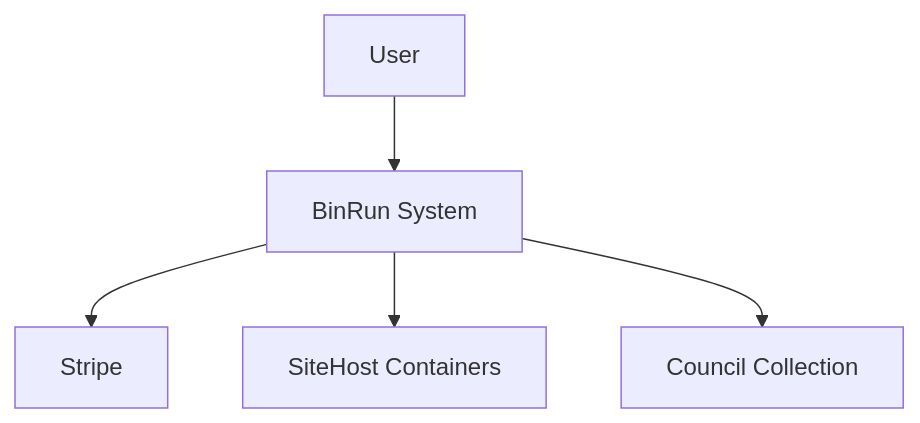
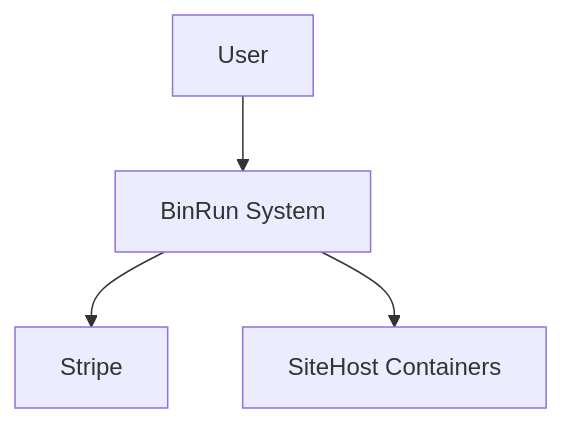
The diagram in docs/diagrams/context.md (angelacollings/binrun), drawn with Mermaid before and after one commit. The commit also changed 15 other files, not shown here.

````diff
--- a/docs/diagrams/context.md
+++ b/docs/diagrams/context.md
@@ -5,13 +5,11 @@
 ```mermaid
 graph TD
     User[User]
     BinRun[BinRun System]
     Stripe[Stripe]
     SiteHost[SiteHost Containers]
-    Council[Council Collection]
 
     User --> BinRun
     BinRun --> Stripe
     BinRun --> SiteHost
-    BinRun --> Council
 ```
````
